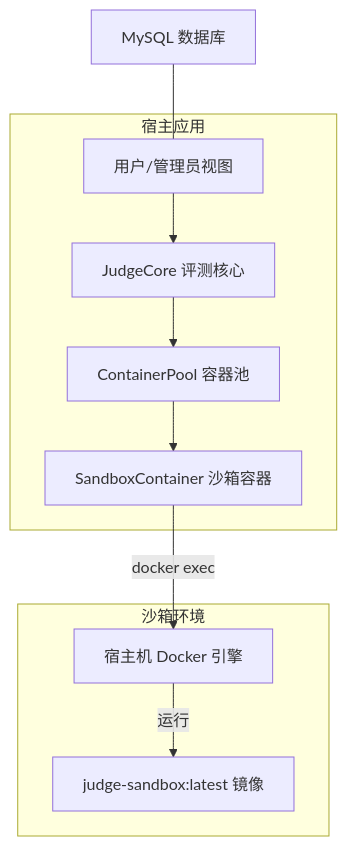
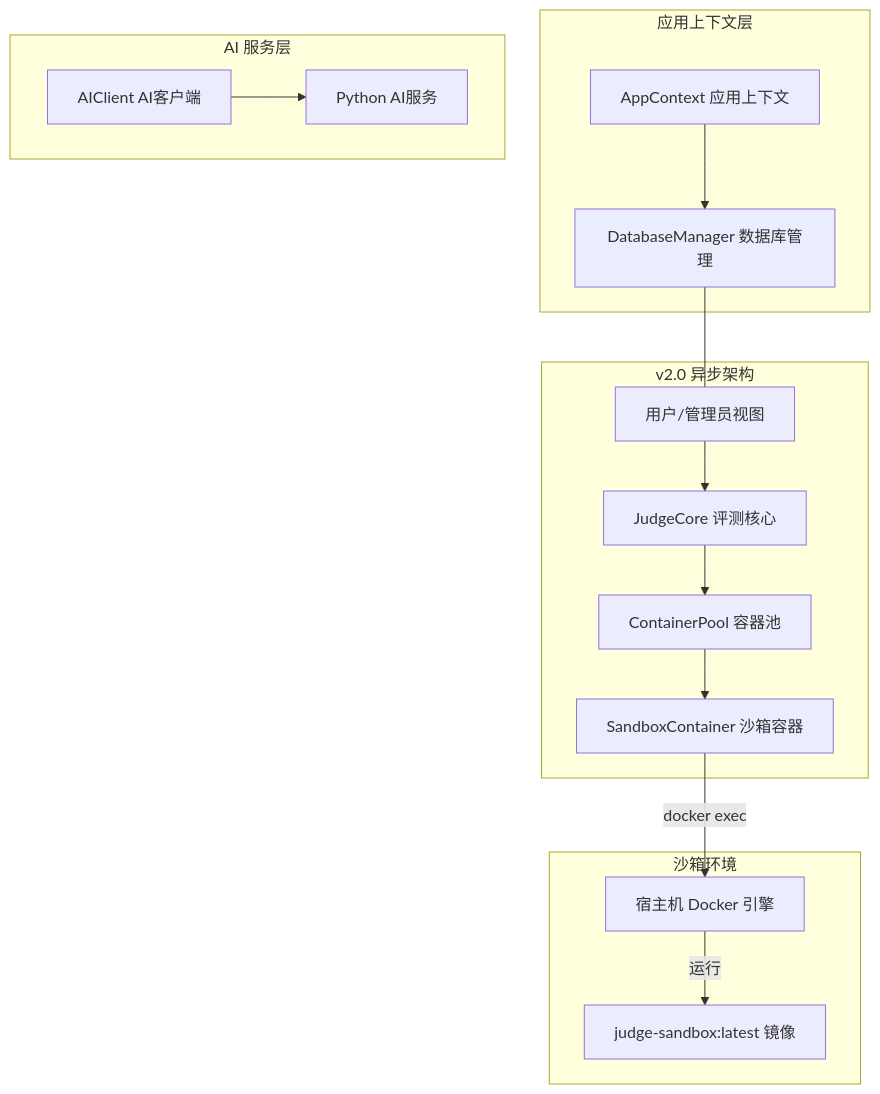
The second of 8 diagrams in .qoder/repowiki/zh/content/代码评测系统/代码评测系统.md (jinpeng900/OJ-Test), drawn with Mermaid before and after one commit. The commit also changed other lines of this file and 8 other files, not shown here.

````diff
--- a/.qoder/repowiki/zh/content/代码评测系统/代码评测系统.md
+++ b/.qoder/repowiki/zh/content/代码评测系统/代码评测系统.md
@@ -93,15 +112,21 @@
 ```mermaid
 graph TB
-subgraph "宿主应用"
+subgraph "v2.0 异步架构"
 U["用户/管理员视图"] --> JC["JudgeCore 评测核心"]
 JC --> CP["ContainerPool 容器池"]
 CP --> SC["SandboxContainer 沙箱容器"]
+end
+subgraph "应用上下文层"
+AC["AppContext 应用上下文"] --> DB["DatabaseManager 数据库管理"]
+end
+subgraph "AI 服务层"
+AIC["AIClient AI客户端"] --> PY["Python AI服务"]
 end
 subgraph "沙箱环境"
 IMG["judge-sandbox:latest 镜像"]
 DOCK["宿主机 Docker 引擎"]
 SC --> |docker exec| DOCK
 DOCK --> |运行| IMG
 end
-DB["MySQL 数据库"] --- U
+DB --- U
 ```
````
